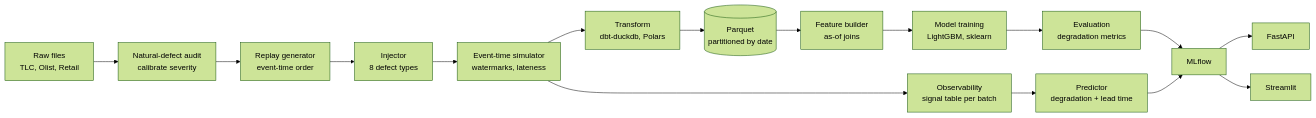
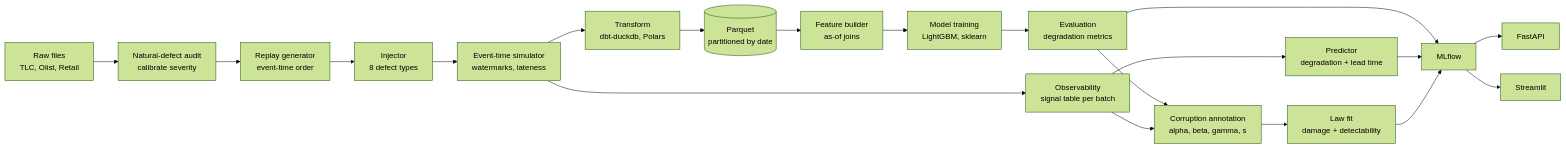
One commit to DhanushPillay/PipeFault changed the first of 2 diagrams in docs/ARCHITECTURE.md. Above: the diagram before and after it, drawn with Mermaid (forest theme). The commit also changed other lines of this file, not shown here.

Commit message:
docs: add corruption annotation module

````diff
--- a/docs/ARCHITECTURE.md
+++ b/docs/ARCHITECTURE.md
@@ -34,18 +36,22 @@
 ```mermaid
 flowchart LR
     A[Raw files<br/>TLC, Olist, Retail] --> A2[Natural-defect audit<br/>calibrate severity]
     A2 --> B[Replay generator<br/>event-time order]
     B --> C[Injector<br/>8 defect types]
     C --> D[Event-time simulator<br/>watermarks, lateness]
     D --> E[Transform<br/>dbt-duckdb, Polars]
     E --> F[(Parquet<br/>partitioned by date)]
     F --> G[Feature builder<br/>as-of joins]
     G --> H[Model training<br/>LightGBM, sklearn]
     H --> I[Evaluation<br/>degradation metrics]
     D --> J[Observability<br/>signal table per batch]
     J --> K[Predictor<br/>degradation + lead time]
     I --> L[MLflow]
     K --> L
+    I --> O[Corruption annotation<br/>alpha, beta, gamma, s]
+    J --> O
+    O --> P[Law fit<br/>damage + detectability]
+    P --> L
     L --> M[FastAPI]
     L --> N[Streamlit]
 ```
````
